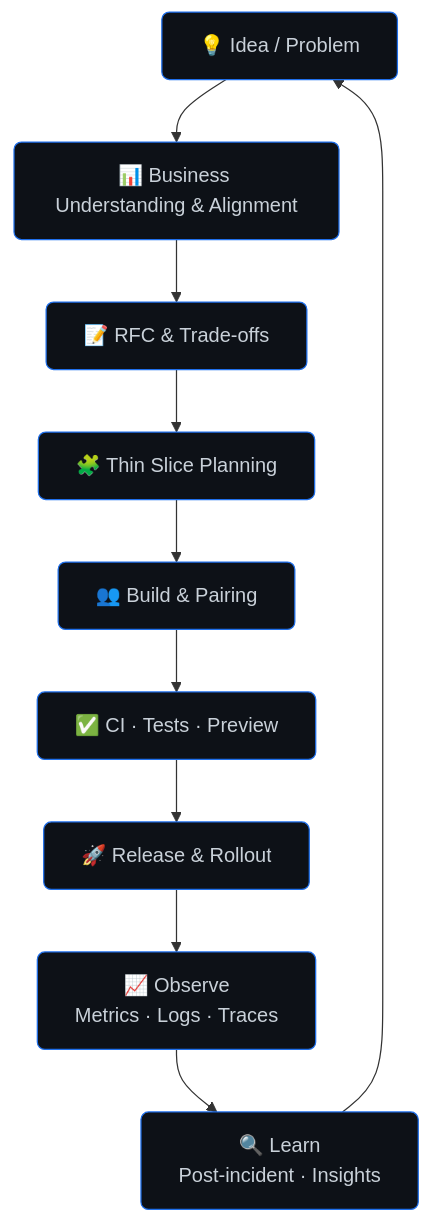
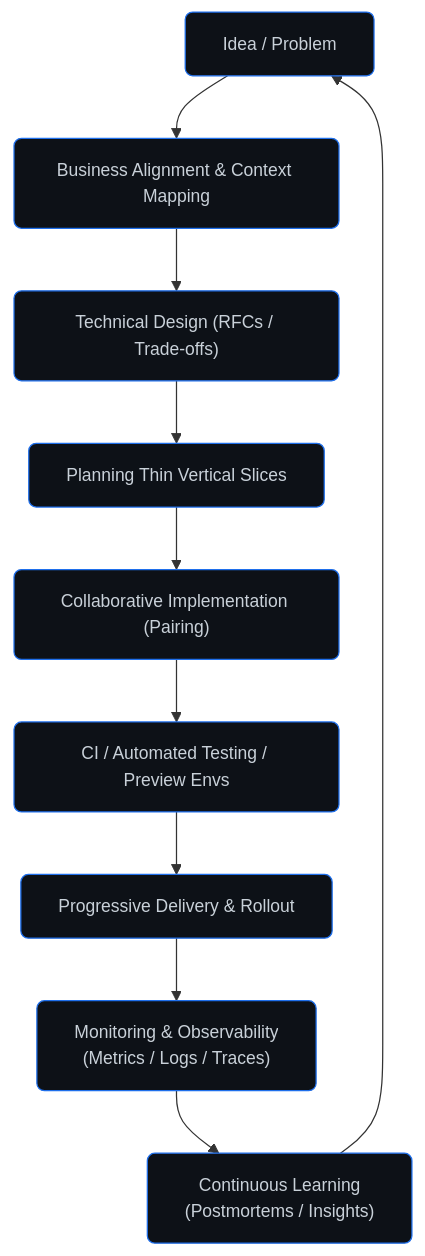
One commit to MobinRezaeifar/MobinRezaeifar changed the diagram in README.md. Above: the diagram before and after it, drawn with Mermaid.

````diff
--- a/README.md
+++ b/README.md
@@ -36,14 +36,14 @@
 ```mermaid
 flowchart TD
-  A["💡 Idea / Problem"] --> B["📊 Business Understanding & Alignment"]
-  B --> C["📝 RFC & Trade-offs"]
-  C --> D["🧩 Thin Slice Planning"]
-  D --> E["👥 Build & Pairing"]
-  E --> F["✅ CI · Tests · Preview"]
-  F --> G["🚀 Release & Rollout"]
-  G --> H["📈 Observe<br/>Metrics · Logs · Traces"]
-  H --> I["🔍 Learn<br/>Post-incident · Insights"]
+  A["Idea / Problem"] --> B["Business Alignment & Context Mapping"]
+  B --> C["Technical Design (RFCs / Trade-offs)"]
+  C --> D["Planning Thin Vertical Slices"]
+  D --> E["Collaborative Implementation (Pairing)"]
+  E --> F["CI / Automated Testing / Preview Envs"]
+  F --> G["Progressive Delivery & Rollout"]
+  G --> H["Monitoring & Observability<br/>(Metrics / Logs / Traces)"]
+  H --> I["Continuous Learning<br/>(Postmortems / Insights)"]
   I --> A
-  classDef primary fill:#0d1117,stroke:#1f6feb,stroke-width:1px,color:#c9d1d9,rx:6,ry:6
+  classDef primary fill:#0d1117,stroke:#1f6feb,stroke-width:1px,color:#c9d1d9,rx:6,ry:6,font-size:14px
   class A,B,C,D,E,F,G,H,I primary
 ```
````
